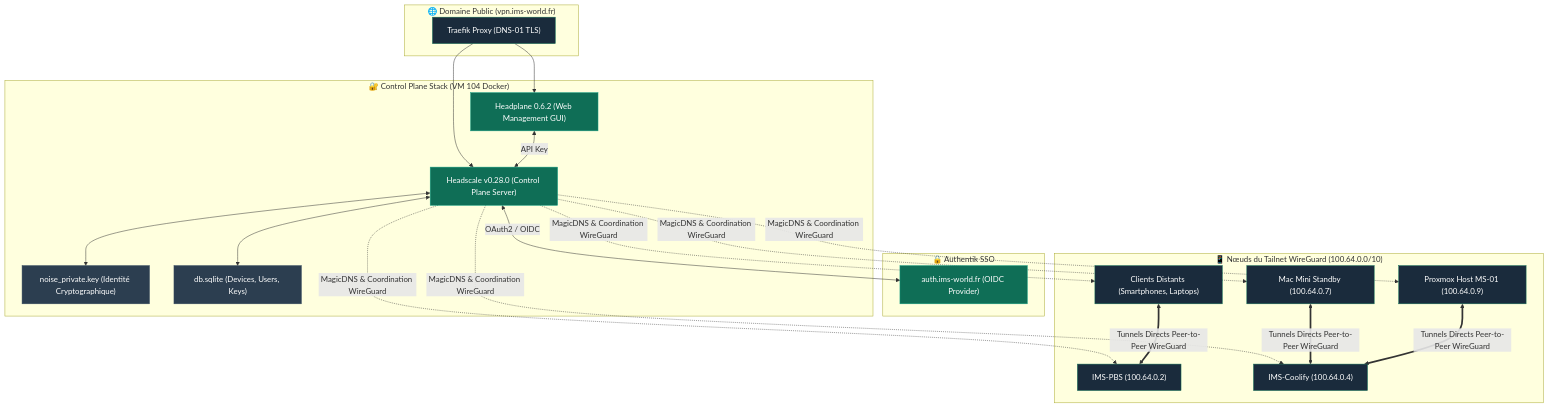
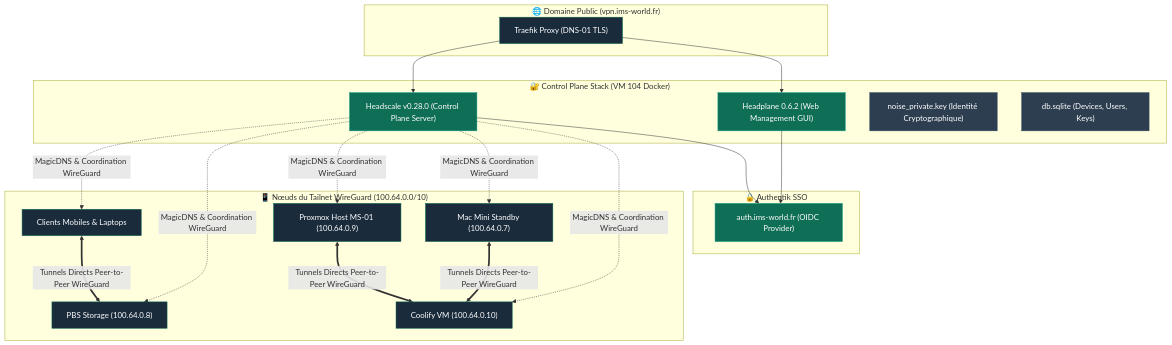
Before and after one commit to ims-world/docs: the diagram in services/headscale-headplane.md, drawn with Mermaid. The commit also changed other lines of this file and 22 other files, not shown here.

````diff
--- a/services/headscale-headplane.md
+++ b/services/headscale-headplane.md
@@ -19,50 +21,47 @@
 ```mermaid
 graph TB
     subgraph WAN_PUB ["🌐 Domaine Public (vpn.ims-world.fr)"]
         TRAEFIK["Traefik Proxy (DNS-01 TLS)"]
     end
 
     subgraph HEADSCALE_STACK ["🔐 Control Plane Stack (VM 104 Docker)"]
         HEADSCALE["Headscale v0.28.0 (Control Plane Server)"]
         HEADPLANE["Headplane 0.6.2 (Web Management GUI)"]
         NOISE_KEY["noise_private.key (Identité Cryptographique)"]
         DB_SQLITE["db.sqlite (Devices, Users, Keys)"]
     end
 
     subgraph OIDC_AUTH ["🔒 Authentik SSO"]
         AUTH_SRV["auth.ims-world.fr (OIDC Provider)"]
     end
 
     subgraph TAILNET_NODES ["📱 Nœuds du Tailnet WireGuard (100.64.0.0/10)"]
         MAC["Mac Mini Standby (100.64.0.7)"]
         PVE["Proxmox Host MS-01 (100.64.0.9)"]
-        PBS["IMS-PBS (100.64.0.2)"]
-        COOL["IMS-Coolify (100.64.0.4)"]
-        MOBILE["Clients Distants (Smartphones, Laptops)"]
+        PBS["PBS Storage (100.64.0.8)"]
+        COOL["Coolify VM (100.64.0.10)"]
+        MOBILE["Clients Mobiles & Laptops"]
     end
 
     TRAEFIK --> HEADSCALE
     TRAEFIK --> HEADPLANE
-    HEADPLANE <-->|API Key| HEADSCALE
-    HEADSCALE <--> DB_SQLITE
-    HEADSCALE <--> NOISE_KEY
-
-    HEADSCALE <-->|OAuth2 / OIDC| AUTH_SRV
+    HEADPLANE --> AUTH_SRV
+    HEADSCALE --> AUTH_SRV
 
     HEADSCALE -.->|MagicDNS & Coordination WireGuard| MAC
     HEADSCALE -.->|MagicDNS & Coordination WireGuard| PVE
     HEADSCALE -.->|MagicDNS & Coordination WireGuard| PBS
     HEADSCALE -.->|MagicDNS & Coordination WireGuard| COOL
     HEADSCALE -.->|MagicDNS & Coordination WireGuard| MOBILE
 
     MAC <==>|Tunnels Directs Peer-to-Peer WireGuard| COOL
     PVE <==>|Tunnels Directs Peer-to-Peer WireGuard| COOL
     MOBILE <==>|Tunnels Directs Peer-to-Peer WireGuard| PBS
 
     classDef srv fill:#0F6E56,stroke:#16A085,color:#fff;
     classDef key fill:#2c3e50,stroke:#34495e,color:#fff;
     classDef node fill:#1a2b3c,stroke:#0F6E56,color:#fff;
     class HEADSCALE,HEADPLANE,AUTH_SRV srv;
     class NOISE_KEY,DB_SQLITE key;
     class MAC,PVE,PBS,COOL,MOBILE node;
 ```
````
